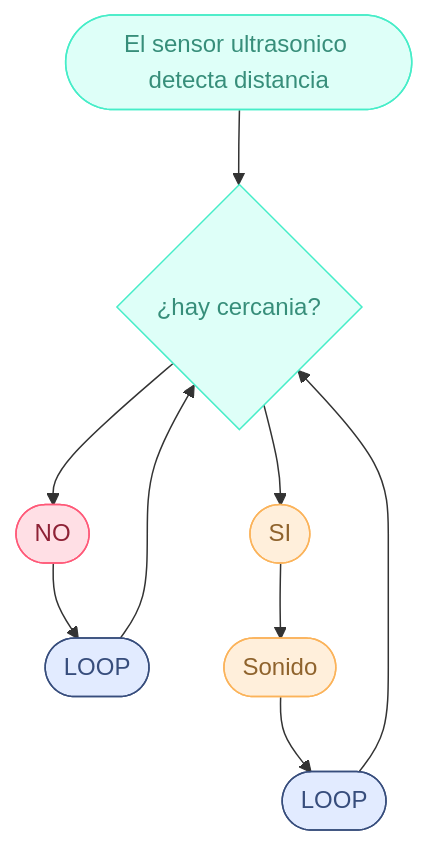
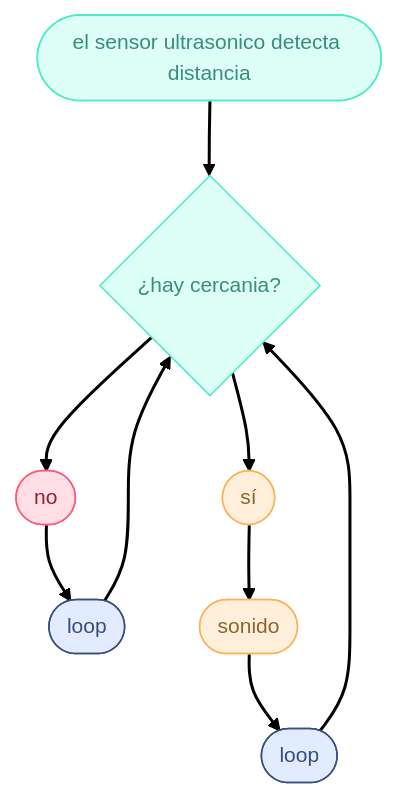
Before and after one commit to vxlentiinaa/dis8645-2025-02-procesos: the diagram in 13-Bernardita-lobo/sesion-07b/README.md, drawn with Mermaid. The commit also changed other lines of this file, not shown here.

````diff
--- a/13-Bernardita-lobo/sesion-07b/README.md
+++ b/13-Bernardita-lobo/sesion-07b/README.md
@@ -30,27 +27,31 @@
 ```mermaid
+---
+config:
+  theme: redux
+---
 flowchart TB
-    A(["El sensor ultrasonico detecta distancia"]) --> B{"¿hay cercania?"}
-    B --> n1(["SI"]) & n2(["NO"])
-    n2 --> n3(["LOOP"])
+    A(["el sensor ultrasonico detecta distancia"]) --> B{"¿hay cercania?"}
+    B --> n1(["sí"]) & n2(["no"])
+    n2 --> n3(["loop"])
     n3 --> B
-    n1 --> n4(["Sonido"])
-    n4 --> n5(["LOOP"])
+    n1 --> n4(["sonido"])
+    n4 --> n5(["loop"])
     n5 --> B
      A:::Sky
      A:::Aqua
      B:::Rose
      B:::Sky
      B:::Aqua
      n1:::Aqua
      n1:::Sky
      n1:::Peach
      n2:::Rose
      n3:::Aqua
      n3:::Sky
      n4:::Peach
      n5:::Sky
     classDef Rose stroke-width:1px, stroke-dasharray:none, stroke:#FF5978, fill:#FFDFE5, color:#8E2236
     classDef Aqua stroke-width:1px, stroke-dasharray:none, stroke:#46EDC8, fill:#DEFFF8, color:#378E7A
     classDef Sky stroke-width:1px, stroke-dasharray:none, stroke:#374D7C, fill:#E2EBFF, color:#374D7C
     classDef Peach stroke-width:1px, stroke-dasharray:none, stroke:#FBB35A, fill:#FFEFDB, color:#8F632D
 ```
````
